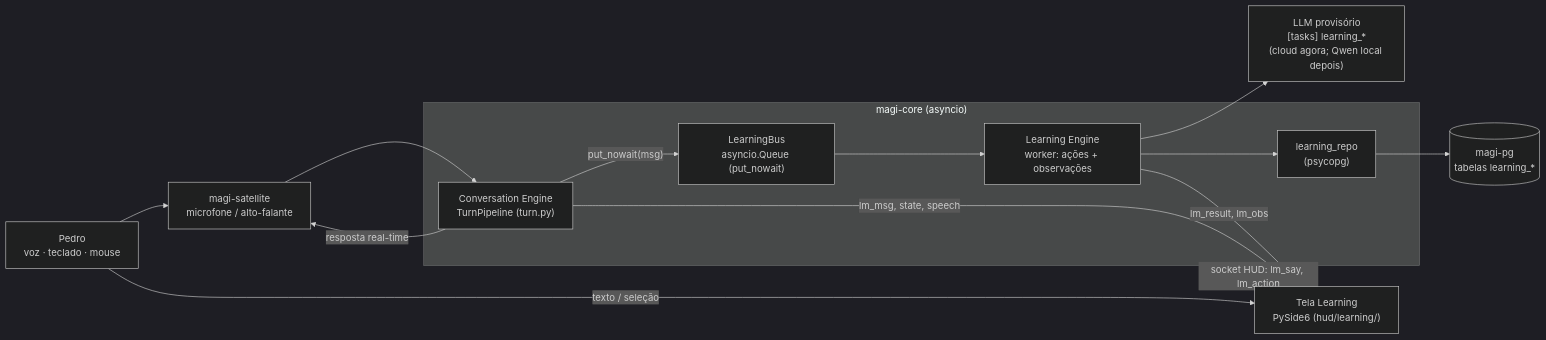
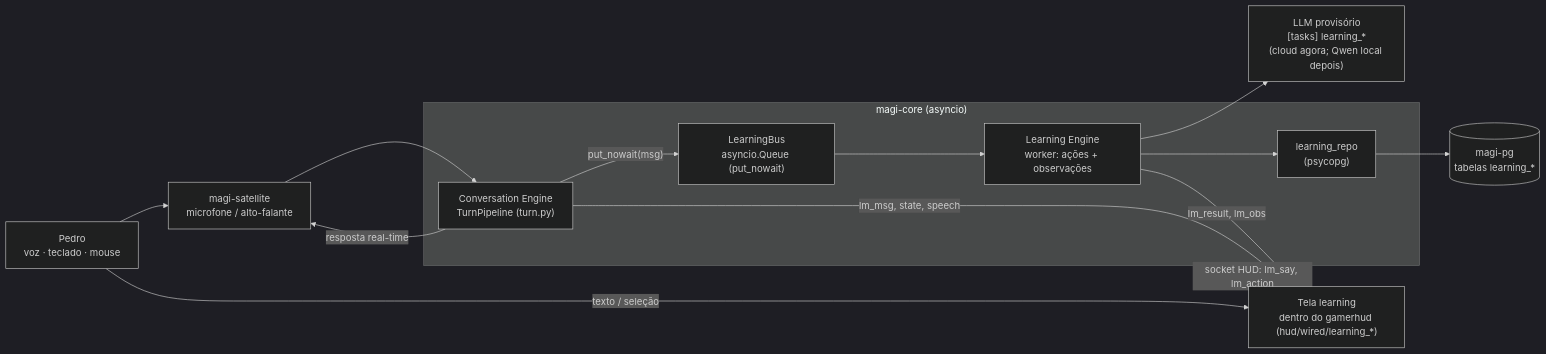
The diagram in specs/learning-mode/design.md (DeJunior007/magi-assistant-ai), drawn with Mermaid (dark theme) before and after one commit. The commit also changed other lines of this file and 3 other files, not shown here.

First line of the commit message:
SDD do Learning Mode: tela dentro do HUD, botão e voz PT/EN

````diff
--- a/specs/learning-mode/design.md
+++ b/specs/learning-mode/design.md
@@ -14,23 +14,23 @@
 ```mermaid
 flowchart LR
     PEDRO["Pedro<br/>voz · teclado · mouse"]
     SAT["magi-satellite<br/>microfone / alto-falante"]
     subgraph CORE["magi-core (asyncio)"]
         TURN["Conversation Engine<br/>TurnPipeline (turn.py)"]
         BUS["LearningBus<br/>asyncio.Queue (put_nowait)"]
         LE["Learning Engine<br/>worker: ações + observações"]
         REPO["learning_repo<br/>(psycopg)"]
     end
     LLM["LLM provisório<br/>[tasks] learning_*<br/>(cloud agora; Qwen local depois)"]
     PG[("magi-pg<br/>tabelas learning_*")]
-    UI["Tela Learning<br/>PySide6 (hud/learning/)"]
+    UI["Tela learning<br/>dentro do gamerhud (hud/wired/learning_*)"]
     PEDRO --> SAT --> TURN
     PEDRO -- "texto / seleção" --> UI
     UI -- "socket HUD: lm_say, lm_action" --> CORE
     TURN -- "resposta real-time" --> SAT
     TURN -- "put_nowait(msg)" --> BUS --> LE
     LE --> LLM
     LE --> REPO --> PG
     TURN -- "lm_msg, state, speech" --> UI
     LE -- "lm_result, lm_obs" --> UI
 ```
````
